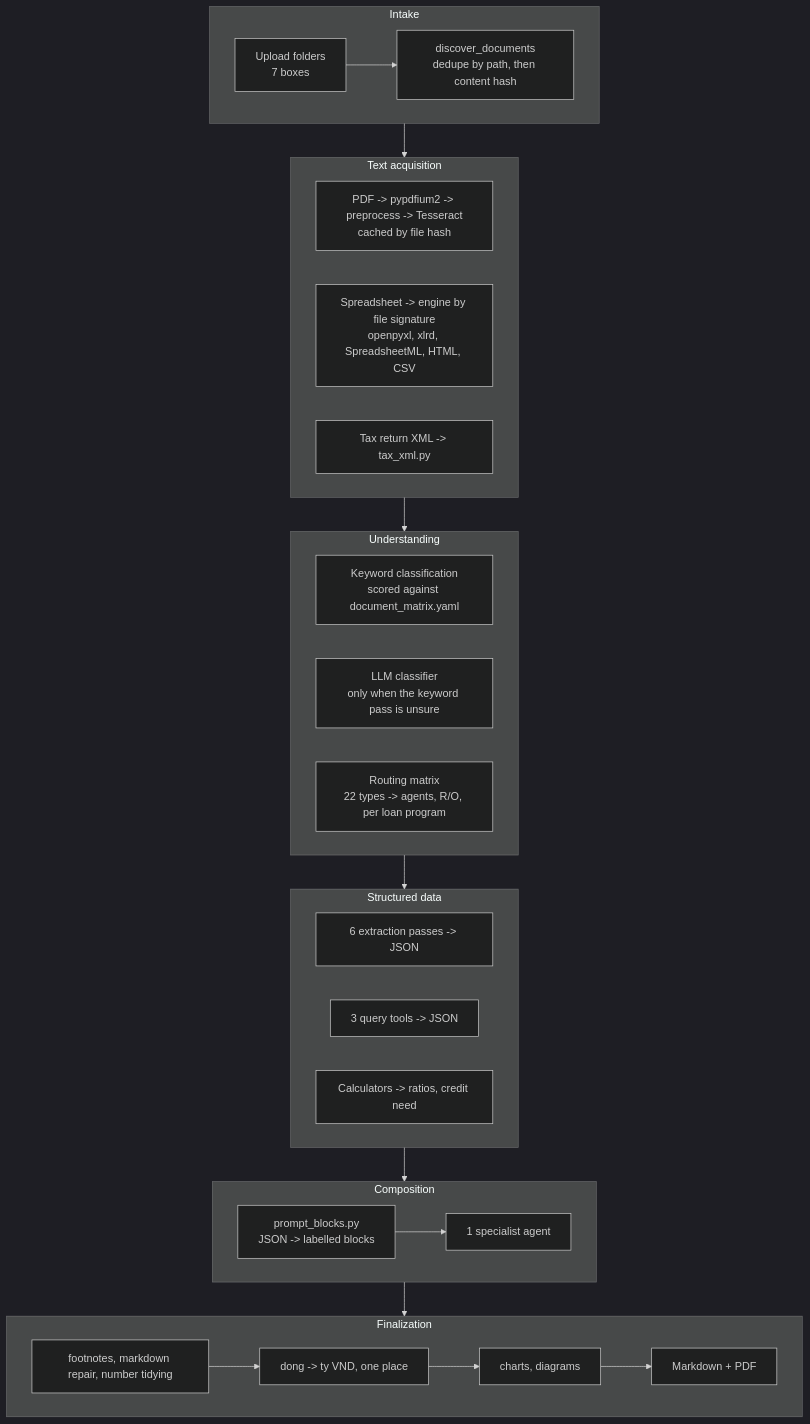
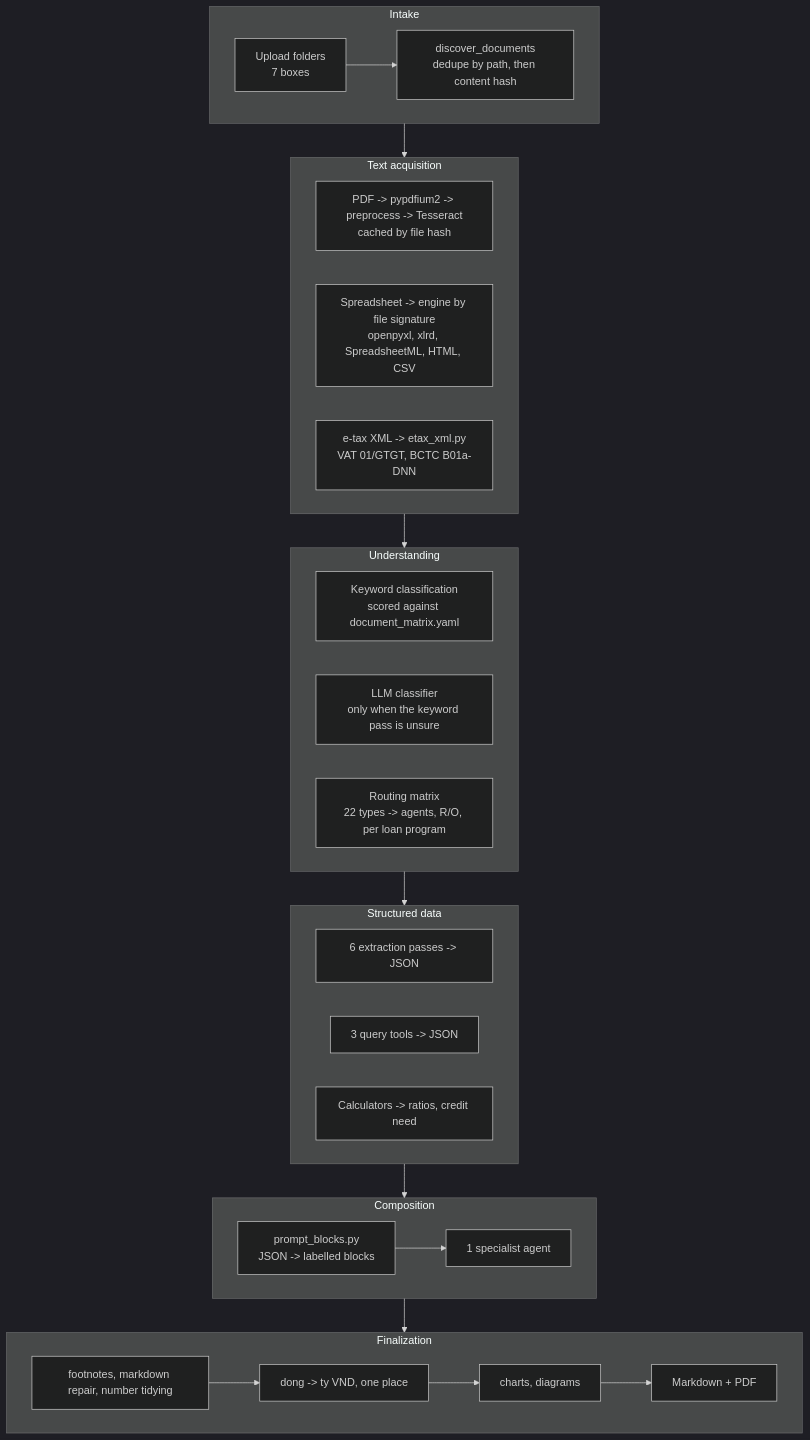
The second of 11 diagrams in docs/technical-solution.md (hodongtu/SME-creditmemo-multi-agent), drawn with Mermaid (dark theme) before and after one commit. The commit also changed other lines of this file and 1 other file, not shown here.

First paragraph of the commit message:
Bring the README up to date with the last month of changes
Several facts in it had stopped being true:

````diff
--- a/docs/technical-solution.md
+++ b/docs/technical-solution.md
@@ -121,28 +121,28 @@
 ```mermaid
 flowchart TD
     subgraph L1["Intake"]
         U1["Upload folders<br/>7 boxes"] --> U2["discover_documents<br/>dedupe by path, then content hash"]
     end
     subgraph L2["Text acquisition"]
         T1["PDF -> pypdfium2 -> preprocess -> Tesseract<br/>cached by file hash"]
         T2["Spreadsheet -> engine by file signature<br/>openpyxl, xlrd, SpreadsheetML, HTML, CSV"]
-        T3["Tax return XML -> tax_xml.py"]
+        T3["e-tax XML -> etax_xml.py<br/>VAT 01/GTGT, BCTC B01a-DNN"]
     end
     subgraph L3["Understanding"]
         C1["Keyword classification<br/>scored against document_matrix.yaml"]
         C2["LLM classifier<br/>only when the keyword pass is unsure"]
         C3["Routing matrix<br/>22 types -> agents, R/O, per loan program"]
     end
     subgraph L4["Structured data"]
         X1["6 extraction passes -> JSON"]
         X2["3 query tools -> JSON"]
         X3["Calculators -> ratios, credit need"]
     end
     subgraph L5["Composition"]
         P1["prompt_blocks.py<br/>JSON -> labelled blocks"] --> P2["1 specialist agent"]
     end
     subgraph L6["Finalization"]
         F1["footnotes, markdown repair, number tidying"] --> F2["dong -> ty VND, one place"] --> F3["charts, diagrams"] --> F4["Markdown + PDF"]
     end
     L1 --> L2 --> L3 --> L4 --> L5 --> L6
 ```
````
